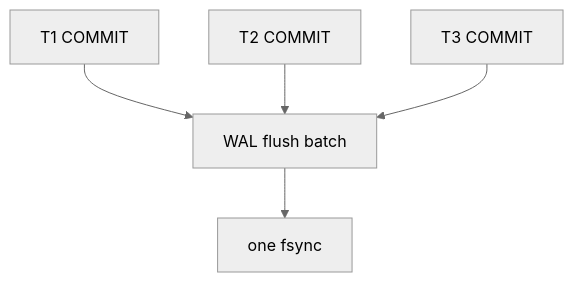
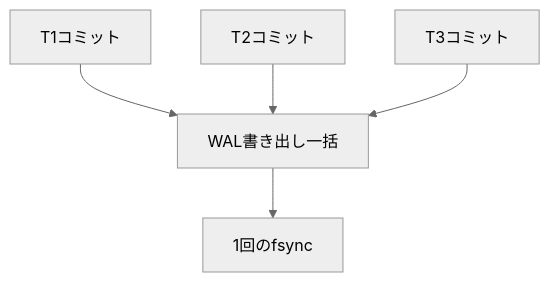
Before and after one commit to hirunebot/database-systems-book: the third of 6 diagrams in src/content/docs/04-transactions/12-wal-recovery.md, drawn with Mermaid (neutral theme). The commit also changed other lines of this file and 42 other files, not shown here.

````diff
--- a/src/content/docs/04-transactions/12-wal-recovery.md
+++ b/src/content/docs/04-transactions/12-wal-recovery.md
@@ -122,7 +122,7 @@
 ```mermaid
 flowchart TB
-    T1["T1 COMMIT"] --> Batch["WAL flush batch"]
-    T2["T2 COMMIT"] --> Batch
-    T3["T3 COMMIT"] --> Batch
-    Batch --> Fsync["one fsync"]
+    T1["T1コミット"] --> Batch["WAL書き出し一括"]
+    T2["T2コミット"] --> Batch
+    T3["T3コミット"] --> Batch
+    Batch --> Fsync["1回のfsync"]
 ```
````
